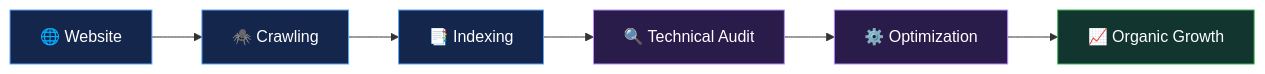
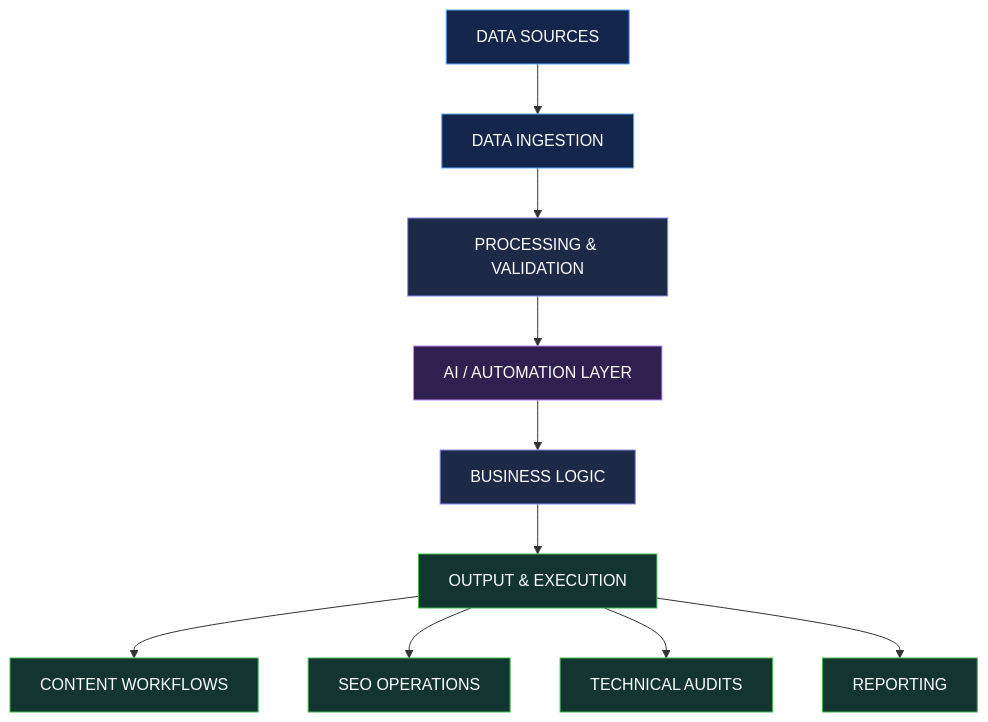
Before and after one commit to muninn1huginn/muninn1huginn: the diagram in README.md, drawn with Mermaid. The commit also changed other lines of this file, not shown here.

````diff
--- a/README.md
+++ b/README.md
@@ -77,16 +189,23 @@
 ```mermaid
-flowchart LR
-    A[🌐 Website] --> B[🕷️ Crawling]
-    B --> C[📑 Indexing]
-    C --> D[🔍 Technical Audit]
-    D --> E[⚙️ Optimization]
-    E --> F[📈 Organic Growth]
+flowchart TD
+    A["DATA SOURCES"] --> B["DATA INGESTION"]
+    B --> C["PROCESSING & VALIDATION"]
+    C --> D["AI / AUTOMATION LAYER"]
+    D --> E["BUSINESS LOGIC"]
+    E --> F["OUTPUT & EXECUTION"]
 
-    classDef blue fill:#14264B,stroke:#58A6FF,color:#fff
-    classDef purple fill:#291B4A,stroke:#BC8CFF,color:#fff
-    classDef green fill:#12352F,stroke:#3FB950,color:#fff
+    F --> G["CONTENT WORKFLOWS"]
+    F --> H["SEO OPERATIONS"]
+    F --> I["TECHNICAL AUDITS"]
+    F --> J["REPORTING"]
 
-    class A,B,C blue
-    class D,E purple
-    class F green
+    classDef source fill:#14264B,stroke:#58A6FF,color:#fff
+    classDef process fill:#1C2947,stroke:#818CF8,color:#fff
+    classDef ai fill:#30204F,stroke:#BC8CFF,color:#fff
+    classDef output fill:#12352F,stroke:#3FB950,color:#fff
+
+    class A,B source
+    class C,E process
+    class D ai
+    class F,G,H,I,J output
 ```
````
